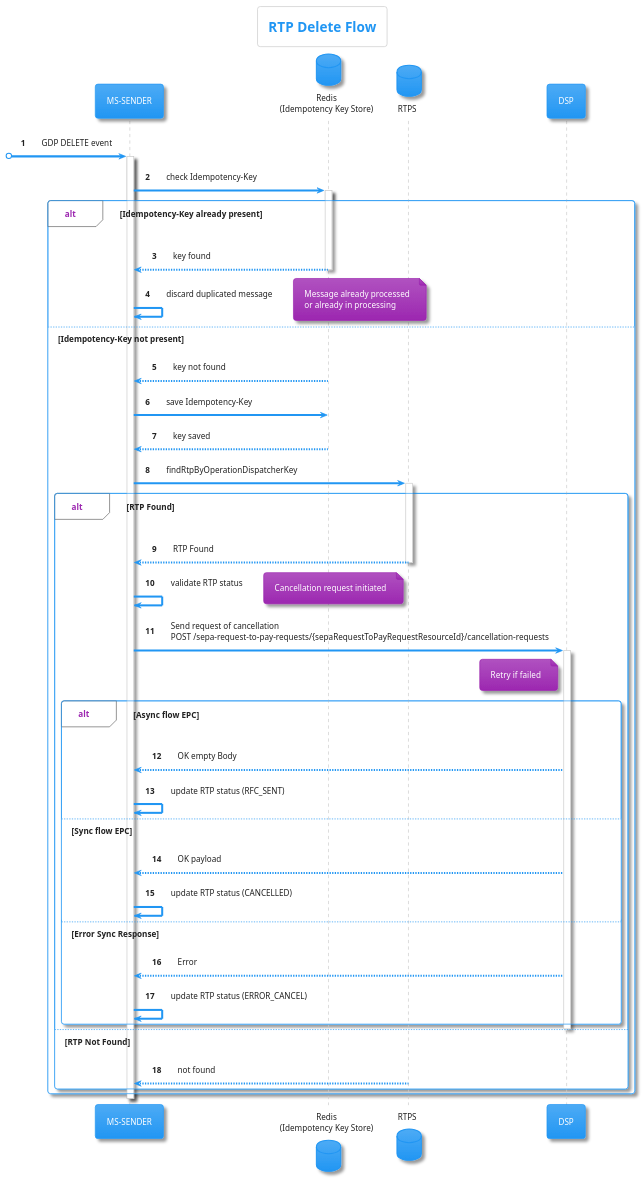
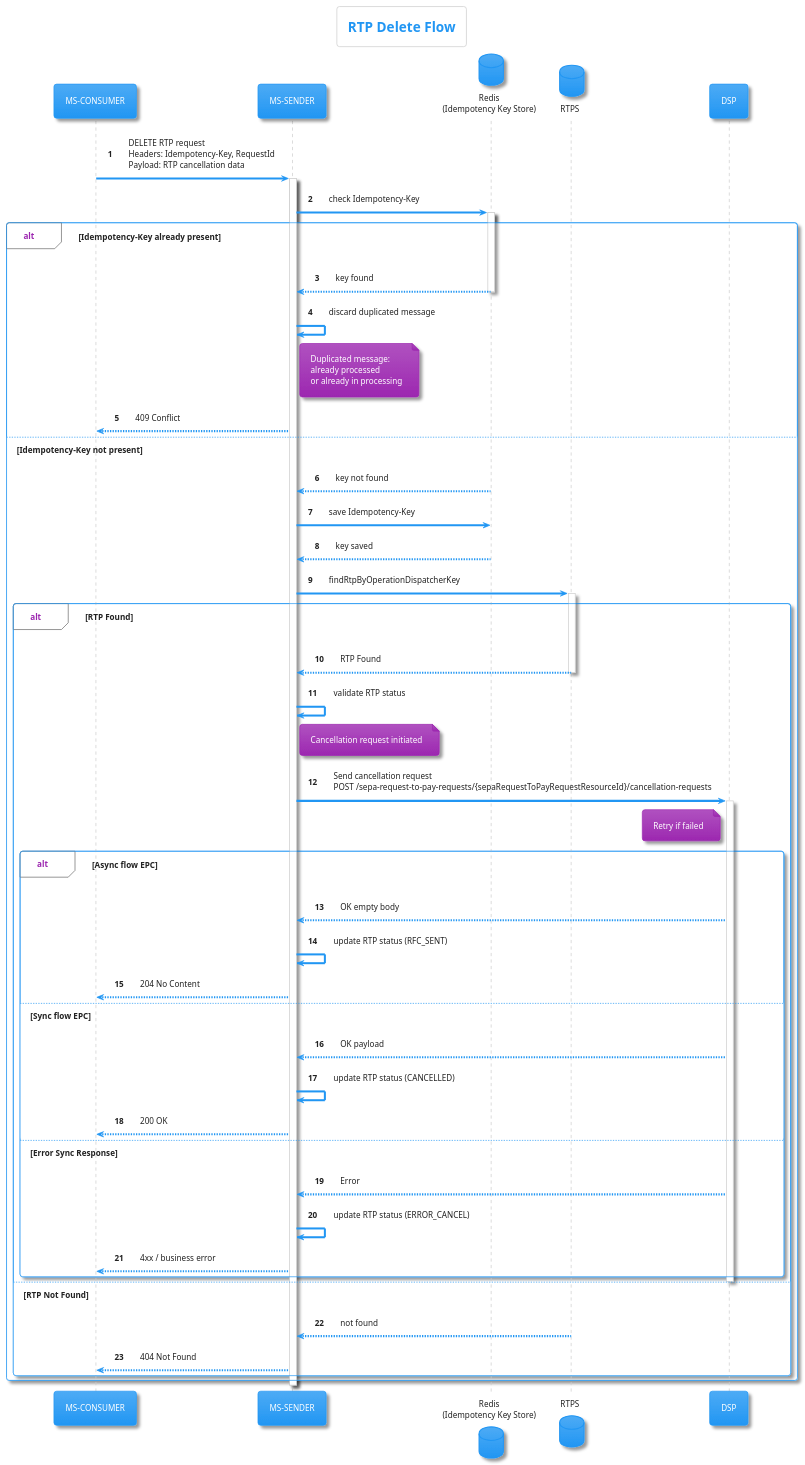
The diagram in diagrams/cancel.puml (pagopa/rtp-docs), drawn with PlantUML before and after one commit. The commit also changed 4 other files, not shown here.

Commit message:
fix: [SRTP-1566] update schema

```diff
--- a/diagrams/cancel.puml
+++ b/diagrams/cancel.puml
@@ -1,74 +1,87 @@
 @startuml
 ' PlantUML Diagram for RTP Cancellation API
 ' Title: Unified RTP Cancellation Sequence Diagram
 ' Version: 1.0.0
-' Description: This diagram shows the detailed process for cancelling an RTP,
-'              mixing the API specification with the actual Java service and controller logic.
 
 !theme materia
 
 title RTP Delete Flow
 
+participant "MS-CONSUMER" as CONSUMER
 participant "MS-SENDER" as SENDER
 database "Redis\n(Idempotency Key Store)" as REDIS
 database "RTPS" as SRTP
 participant "DSP" as DSP
 
 autonumber
 
-[o-> SENDER: GDP DELETE event
-
+CONSUMER -> SENDER: DELETE RTP request\nHeaders: Idempotency-Key, RequestId\nPayload: RTP cancellation data
 activate SENDER
 
 SENDER -> REDIS: check Idempotency-Key
 activate REDIS
 
 alt Idempotency-Key already present
     REDIS --> SENDER: key found
     deactivate REDIS
     SENDER -> SENDER: discard duplicated message
-    note right: Message already processed\nor already in processing
+    note right of SENDER
+      Duplicated message:
+      already processed
+      or already in processing
+    end note
+    SENDER --> CONSUMER: 409 Conflict
+
 else Idempotency-Key not present
     REDIS --> SENDER: key not found
     SENDER -> REDIS: save Idempotency-Key
     REDIS --> SENDER: key saved
     deactivate REDIS
 
     SENDER -> SRTP: findRtpByOperationDispatcherKey
     activate SRTP
 
     alt RTP Found
         SRTP --> SENDER: RTP Found
         deactivate SRTP
 
         SENDER -> SENDER: validate RTP status
-        note right: Cancellation request initiated
+        note right of SENDER
+          Cancellation request initiated
+        end note
 
-        SENDER -> DSP: Send request of cancellation\nPOST /sepa-request-to-pay-requests/{sepaRequestToPayRequestResourceId}/cancellation-requests
+        SENDER -> DSP: Send cancellation request\nPOST /sepa-request-to-pay-requests/{sepaRequestToPayRequestResourceId}/cancellation-requests
         activate DSP
+
         note left of DSP
           Retry if failed
         end note
 
         alt Async flow EPC
-            DSP --> SENDER: OK empty Body
+            DSP --> SENDER: OK empty body
             SENDER -> SENDER: update RTP status (RFC_SENT)
+            SENDER --> CONSUMER: 204 No Content
+
         else Sync flow EPC
             DSP --> SENDER: OK payload
             SENDER -> SENDER: update RTP status (CANCELLED)
+            SENDER --> CONSUMER: 200 OK
+
         else Error Sync Response
             DSP --> SENDER: Error
             SENDER -> SENDER: update RTP status (ERROR_CANCEL)
+            SENDER --> CONSUMER: 4xx / business error
         end
 
         deactivate DSP
 
     else RTP Not Found
         SRTP --> SENDER: not found
         deactivate SRTP
+        SENDER --> CONSUMER: 404 Not Found
     end
 end
 
 deactivate SENDER
 
 @enduml
```
